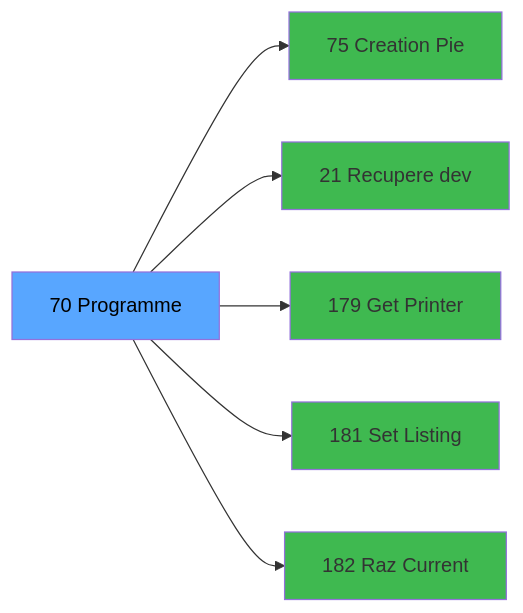
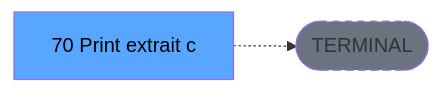
Before and after one commit to thonyAGP/lecteur-magic: the third of 3 diagrams in .openspec/renders/ADH-IDE-70.md, drawn with Mermaid. The commit also changed other lines of this file and 701 other files, not shown here.

````diff
--- a/.openspec/renders/ADH-IDE-70.md
+++ b/.openspec/renders/ADH-IDE-70.md
@@ -150,20 +141,8 @@
 ```mermaid
 graph LR
-    T[70 Programme]
-    C75[75 Creation Pie]
-    T --> C75
-    C21[21 Recupere dev]
-    T --> C21
-    C179[179 Get Printer]
-    T --> C179
-    C181[181 Set Listing ]
-    T --> C181
-    C182[182 Raz Current ]
-    T --> C182
+    T[70 Print extrait c]
+    TERM([TERMINAL])
+    T -.-> TERM
+    style TERM fill:#6b7280,stroke-dasharray: 5 5
     style T fill:#58a6ff,color:#000
-    style C75 fill:#3fb950
-    style C21 fill:#3fb950
-    style C179 fill:#3fb950
-    style C181 fill:#3fb950
-    style C182 fill:#3fb950
 ```
````
